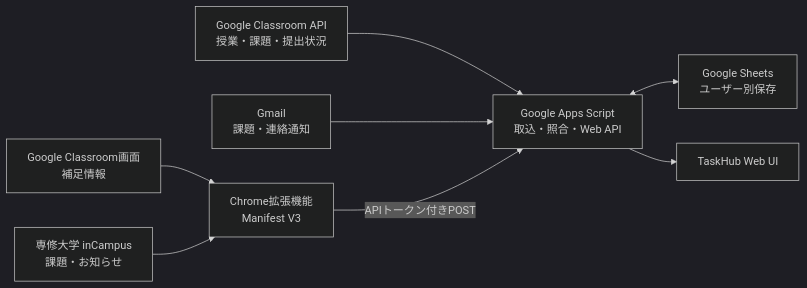
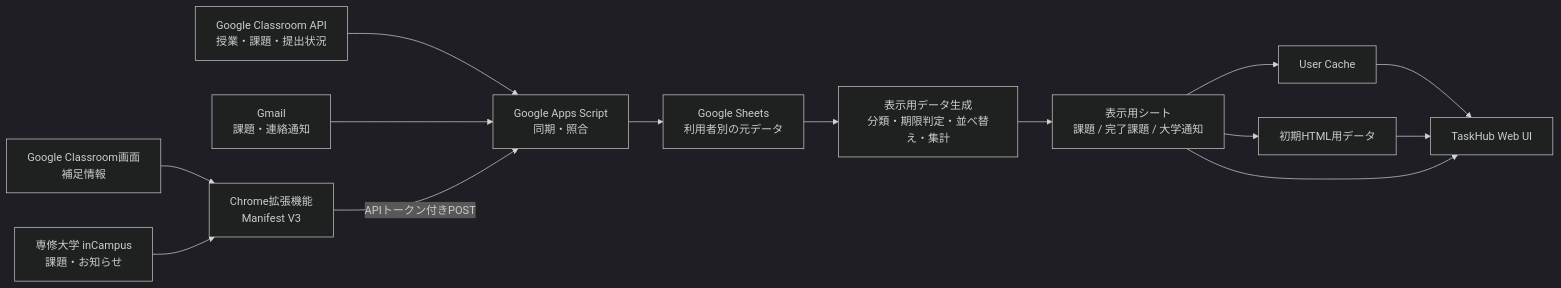
Before and after one commit to ponkichi1552/senshu-taskhub: the diagram in README.md, drawn with Mermaid (dark theme). The commit also changed other lines of this file, not shown here.

````diff
--- a/README.md
+++ b/README.md
@@ -63,10 +75,19 @@
 ```mermaid
 flowchart LR
-    ClassroomAPI["Google Classroom API<br>授業・課題・提出状況"] --> GAS["Google Apps Script<br>取込・照合・Web API"]
-    Gmail["Gmail<br>課題・連絡通知"] --> GAS
+    ClassroomAPI["Google Classroom API<br>授業・課題・提出状況"] --> Sync["Google Apps Script<br>同期・照合"]
+    Gmail["Gmail<br>課題・連絡通知"] --> Sync
+
     Classroom["Google Classroom画面<br>補足情報"] --> Extension["Chrome拡張機能<br>Manifest V3"]
     InCampus["専修大学 inCampus<br>課題・お知らせ"] --> Extension
-    Extension -->|"APIトークン付きPOST"| GAS
-    GAS <--> Sheets["Google Sheets<br>ユーザー別保存"]
-    GAS --> UI["TaskHub Web UI"]
+    Extension -->|"APIトークン付きPOST"| Sync
+
+    Sync --> RawSheets["Google Sheets<br>利用者別の元データ"]
+    RawSheets --> Materialize["表示用データ生成<br>分類・期限判定・並べ替え・集計"]
+    Materialize --> DisplaySheets["表示用シート<br>課題 / 完了課題 / 大学通知"]
+
+    DisplaySheets --> UserCache["User Cache"]
+    DisplaySheets --> InitialHtml["初期HTML用データ"]
+    UserCache --> UI["TaskHub Web UI"]
+    InitialHtml --> UI
+    DisplaySheets --> UI
 ```
````
